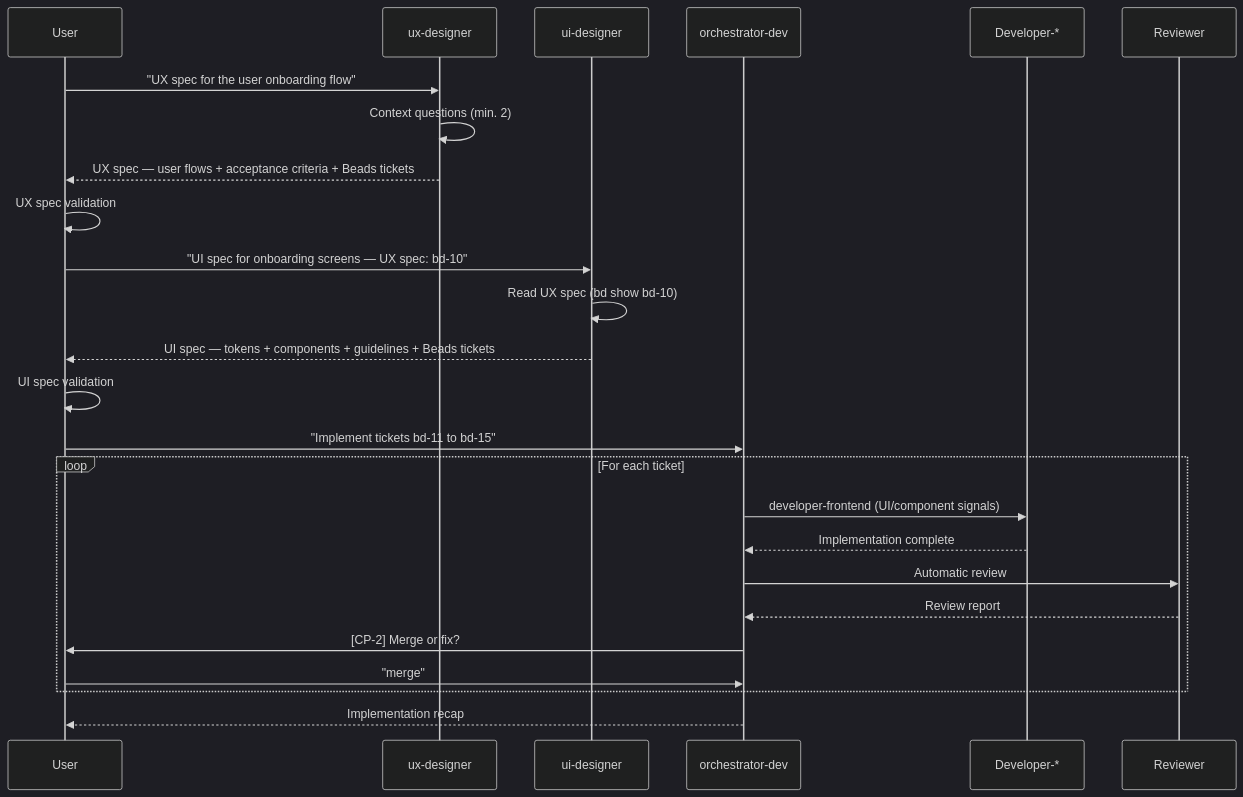
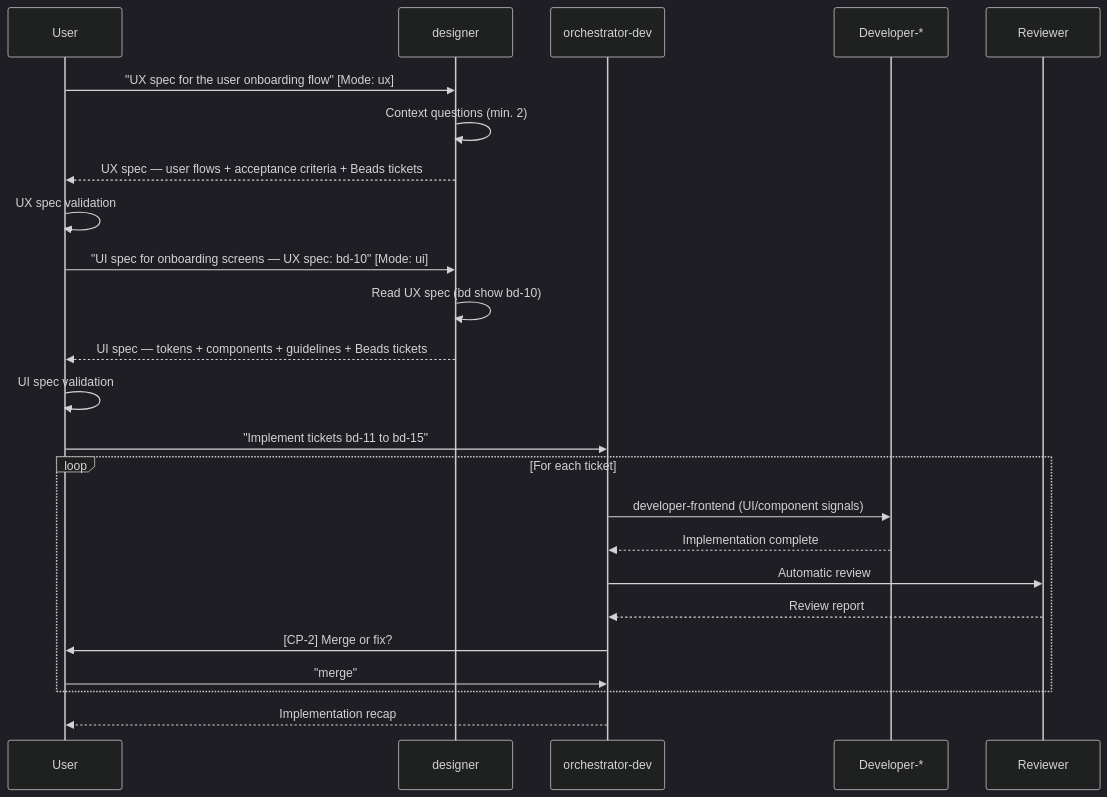
One commit to datichb/openhub changed the fourth of 6 diagrams in docs/guides/workflows.en.md. Above: the diagram before and after it, drawn with Mermaid (dark theme). The commit also changed other lines of this file and 87 other files, not shown here.

````diff
--- a/docs/guides/workflows.en.md
+++ b/docs/guides/workflows.en.md
@@ -551,30 +552,29 @@
 ```mermaid
 sequenceDiagram
     participant U as User
-    participant UX as ux-designer
-    participant UI as ui-designer
+    participant D as designer
     participant OD as orchestrator-dev
     participant DEV as Developer-*
     participant R as Reviewer
 
-    U->>UX: "UX spec for the user onboarding flow"
-    UX->>UX: Context questions (min. 2)
-    UX-->>U: UX spec — user flows + acceptance criteria + Beads tickets
+    U->>D: "UX spec for the user onboarding flow" [Mode: ux]
+    D->>D: Context questions (min. 2)
+    D-->>U: UX spec — user flows + acceptance criteria + Beads tickets
     U->>U: UX spec validation
 
-    U->>UI: "UI spec for onboarding screens — UX spec: bd-10"
-    UI->>UI: Read UX spec (bd show bd-10)
-    UI-->>U: UI spec — tokens + components + guidelines + Beads tickets
+    U->>D: "UI spec for onboarding screens — UX spec: bd-10" [Mode: ui]
+    D->>D: Read UX spec (bd show bd-10)
+    D-->>U: UI spec — tokens + components + guidelines + Beads tickets
     U->>U: UI spec validation
 
     U->>OD: "Implement tickets bd-11 to bd-15"
     loop For each ticket
         OD->>DEV: developer-frontend (UI/component signals)
         DEV-->>OD: Implementation complete
         OD->>R: Automatic review
         R-->>OD: Review report
         OD->>U: [CP-2] Merge or fix?
         U->>OD: "merge"
     end
     OD-->>U: Implementation recap
 ```
````
